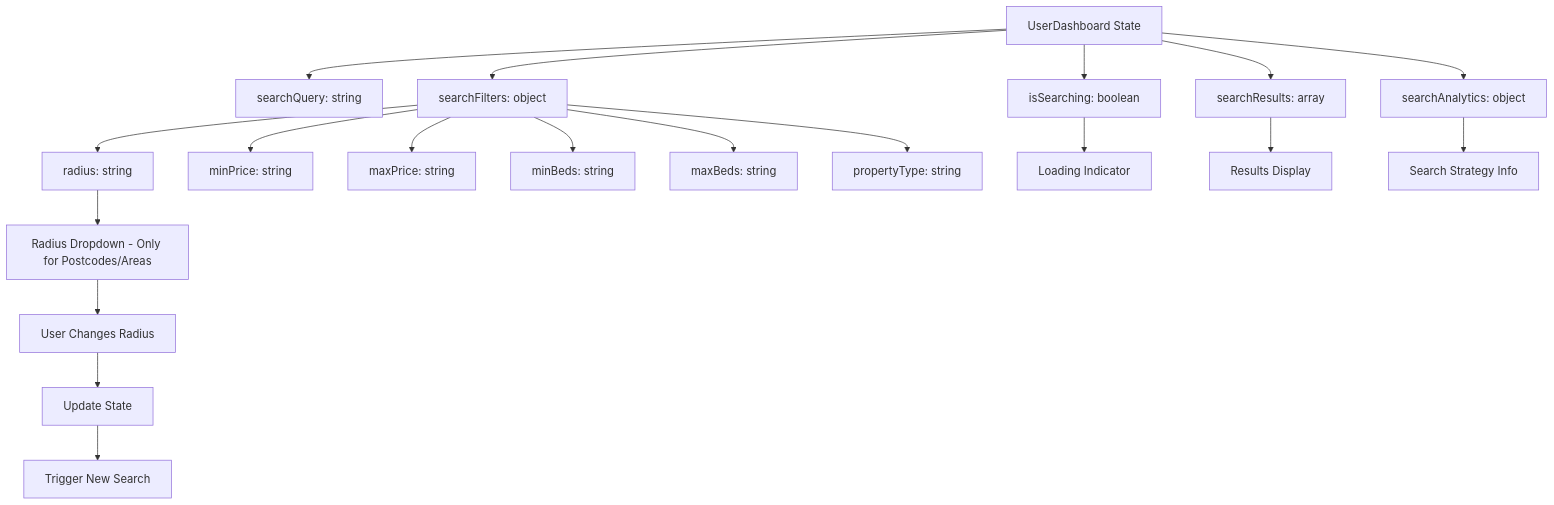
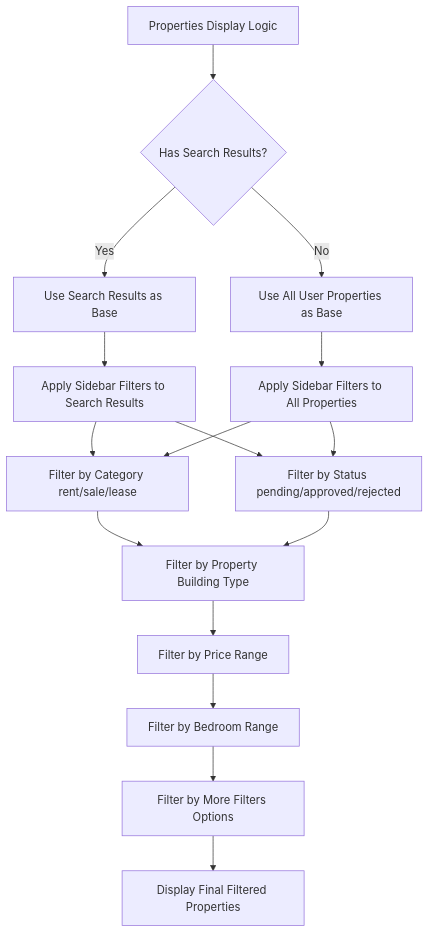
One commit to FatemRahimi/Poperty-App changed the seventh of 10 diagrams in PROFESSIONAL_SEARCH_FLOWCHART.md. Above: the diagram before and after it, drawn with Mermaid. The commit also changed other lines of this file and 1 other file, not shown here.

````diff
--- a/PROFESSIONAL_SEARCH_FLOWCHART.md
+++ b/PROFESSIONAL_SEARCH_FLOWCHART.md
@@ -240,24 +150,25 @@
 ```mermaid
 flowchart TD
-    A[UserDashboard State] --> B[searchQuery: string]
-    A --> C[searchFilters: object]
-    A --> D[isSearching: boolean]
-    A --> E[searchResults: array]
-    A --> F[searchAnalytics: object]
+    A[Properties Display Logic] --> B{Has Search Results?}
     
-    C --> G[radius: string]
-    C --> H[minPrice: string]
-    C --> I[maxPrice: string]
-    C --> J[minBeds: string]
-    C --> K[maxBeds: string]
-    C --> L[propertyType: string]
+    B -->|Yes| C[Use Search Results as Base]
+    B -->|No| D[Use All User Properties as Base]
     
-    D --> M[Loading Indicator]
-    E --> N[Results Display]
-    F --> O[Search Strategy Info]
+    C --> E[Apply Sidebar Filters to Search Results]
+    D --> F[Apply Sidebar Filters to All Properties]
     
-    G --> P[Radius Dropdown - Only for Postcodes/Areas]
-    P --> Q[User Changes Radius]
-    Q --> R[Update State]
-    R --> S[Trigger New Search]
+    E --> G[Filter by Category rent/sale/lease]
+    E --> H[Filter by Status pending/approved/rejected]
+    
+    F --> G
+    F --> H
+    
+    G --> I[Filter by Property Building Type]
+    H --> I
+    
+    I --> J[Filter by Price Range]
+    J --> K[Filter by Bedroom Range]
+    K --> L[Filter by More Filters Options]
+    
+    L --> M[Display Final Filtered Properties]
 ```
````
